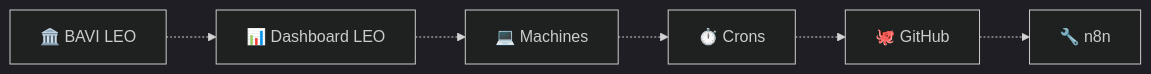
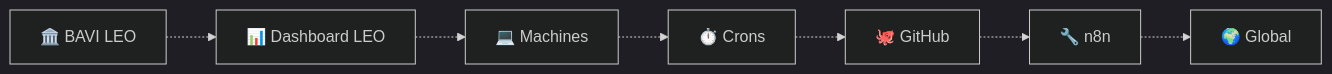
Before and after one commit to christophedanhier-hash/hermes-wiki: the fifth of 6 diagrams in docs/hermes/utilisation/architecture-leo.md, drawn with Mermaid (dark theme). The commit also changed other lines of this file, not shown here.

````diff
--- a/docs/hermes/utilisation/architecture-leo.md
+++ b/docs/hermes/utilisation/architecture-leo.md
@@ -302,10 +300,11 @@
 ```mermaid
 flowchart LR
     A["🏛️ BAVI LEO"]
     B["📊 Dashboard LEO"]
     C["💻 Machines"]
     D["⏱️ Crons"]
     E["🐙 GitHub"]
     F["🔧 n8n"]
-    A -.-> B -.-> C -.-> D -.-> E -.-> F
+    G["🌍 Global"]
+    A -.-> B -.-> C -.-> D -.-> E -.-> F -.-> G
 ```
````
